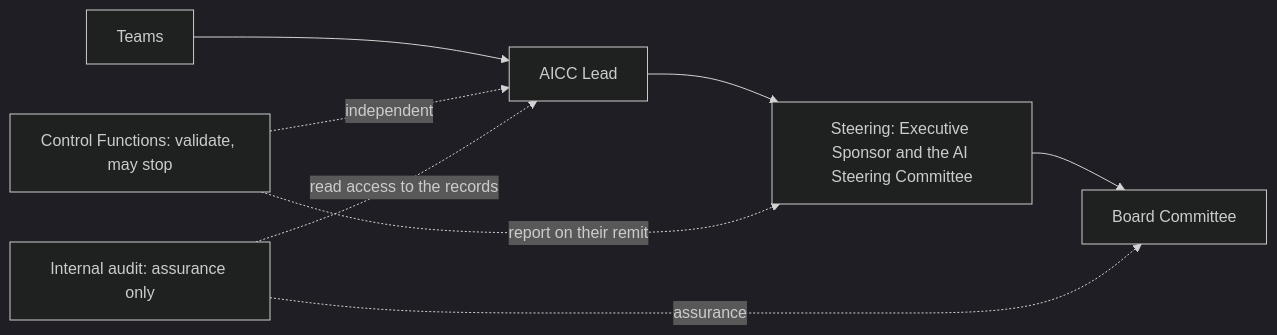
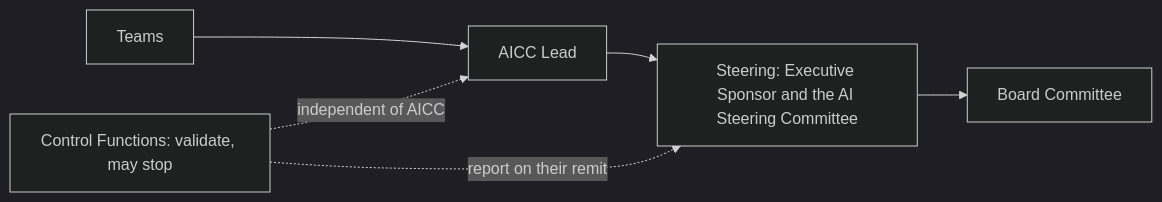
Before and after one commit to devhogu/ob-aicc: the fifth of 6 diagrams in charter/workflows/unit-governance.md, drawn with Mermaid (dark theme). The commit also changed other lines of this file and 200 other files, not shown here.

````diff
--- a/charter/workflows/unit-governance.md
+++ b/charter/workflows/unit-governance.md
@@ -87,8 +148,6 @@
 ```mermaid
 flowchart LR
   T["Teams"] --> L["AICC Lead"] --> S["Steering: Executive Sponsor and the AI Steering Committee"] --> B["Board Committee"]
-  CF["Control Functions: validate, may stop"] -.independent.-> L
-  CF -.report on their remit.-> S
-  IA["Internal audit: assurance only"] -.read access to the records.-> L
-  IA -.assurance.-> B
+  CF["Control Functions: validate, may stop"] -.->|"independent of AICC"| L
+  CF -.->|"report on their remit"| S
 ```
````
